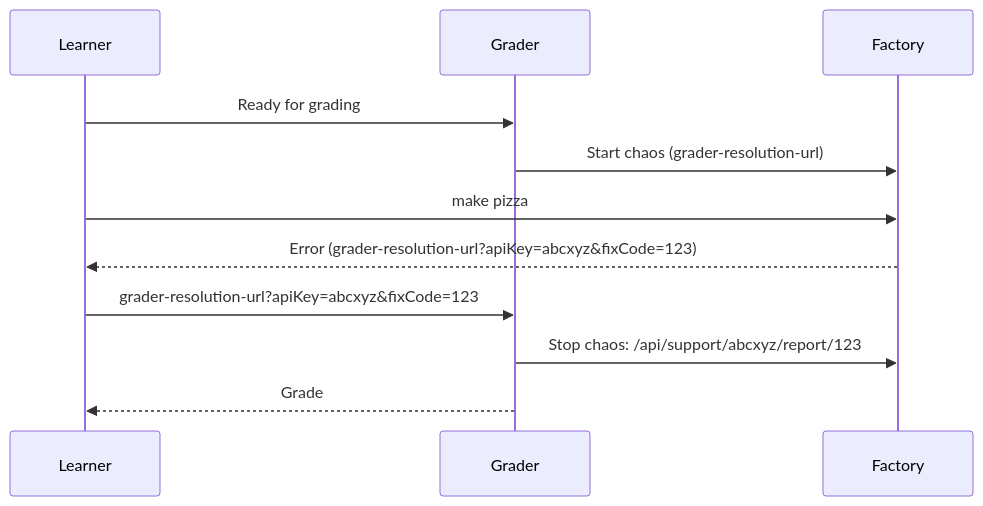
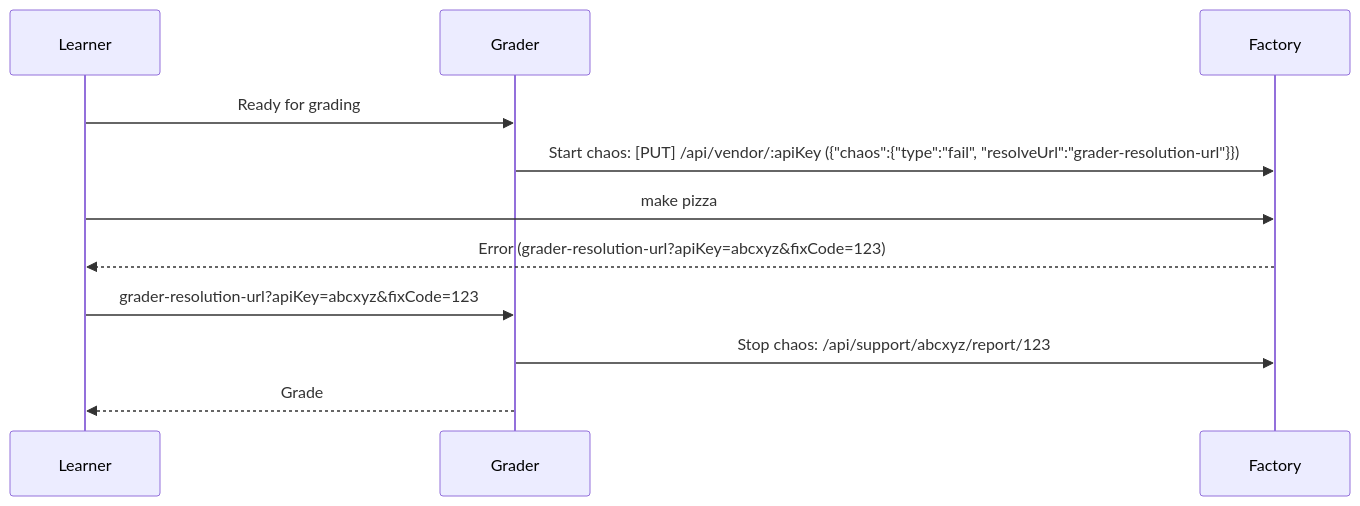
Before and after one commit to devops329/jwt-pizza-factory: the diagram in README.md, drawn with Mermaid. The commit also changed other lines of this file and 1 other file, not shown here.

Commit message:
enhance(readme) with better chaos content

````diff
--- a/README.md
+++ b/README.md
@@ -19,13 +21,13 @@
 ```mermaid
 sequenceDiagram
     participant Learner
     participant Grader
     participant Factory
     Learner->>Grader: Ready for grading
-    Grader->>Factory:Start chaos  (grader-resolution-url)
+    Grader->>Factory:Start chaos:  [PUT] /api/vendor/:apiKey ({"chaos":{"type":"fail", "resolveUrl":"grader-resolution-url"}})
     Learner->>Factory: make pizza
     Factory-->>Learner: Error (grader-resolution-url?apiKey=abcxyz&fixCode=123)
     Learner->>Grader: grader-resolution-url?apiKey=abcxyz&fixCode=123
     Grader->>Factory:Stop chaos: /api/support/abcxyz/report/123
     Grader-->>Learner: Grade
 ```
````
